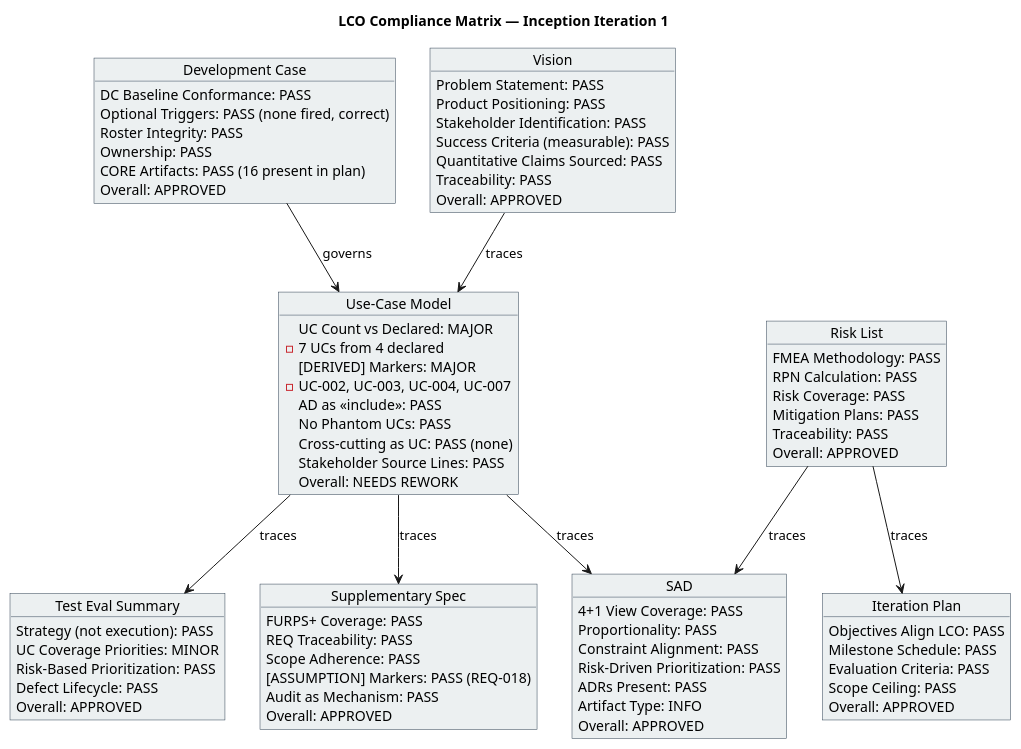
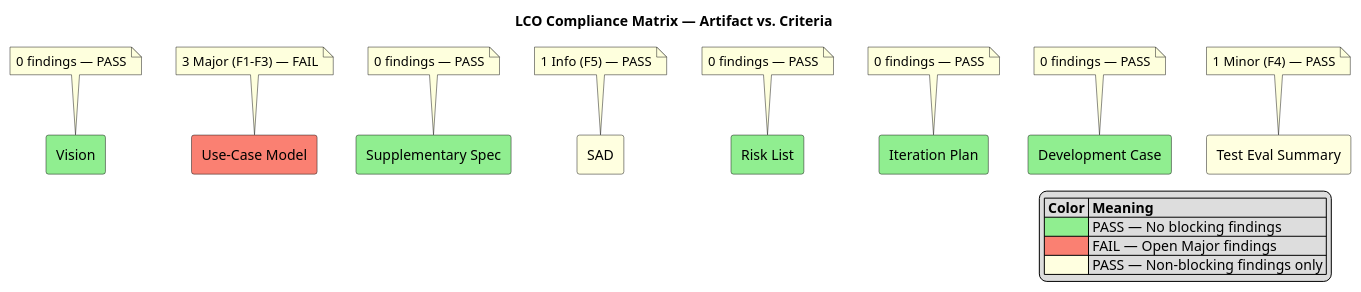
One commit to banense-test/demo-janke-lab changed the third of 4 diagrams in docs/artifacts/project-management/review-record.md. Above: the diagram before and after it, drawn with PlantUML. The commit also changed other lines of this file, not shown here.

````diff
--- a/docs/artifacts/project-management/review-record.md
+++ b/docs/artifacts/project-management/review-record.md
@@ -49,93 +180,30 @@
 ```plantuml
 @startuml
-title LCO Compliance Matrix — Inception Iteration 1
+title LCO Compliance Matrix — Artifact vs. Criteria
+skinparam legendTitleFontName bold
+rectangle "Vision" as V #LightGreen
+rectangle "Use-Case Model" as UCM #Salmon
+rectangle "Supplementary Spec" as SS #LightGreen
+rectangle "SAD" as SAD #LightYellow
+rectangle "Risk List" as RL #LightGreen
+rectangle "Iteration Plan" as IP #LightGreen
+rectangle "Development Case" as DC #LightGreen
+rectangle "Test Eval Summary" as TES #LightYellow
 
-skinparam style strict
-skinparam objectBorderColor #2c3e50
-skinparam objectBackgroundColor #ecf0f1
+note top of V : 0 findings — PASS
+note top of UCM : 3 Major (F1-F3) — FAIL
+note top of SS : 0 findings — PASS
+note top of SAD : 1 Info (F5) — PASS
+note top of RL : 0 findings — PASS
+note top of IP : 0 findings — PASS
+note top of DC : 0 findings — PASS
+note top of TES : 1 Minor (F4) — PASS
 
-object "Development Case" as DC {
-  DC Baseline Conformance: PASS
-  Optional Triggers: PASS (none fired, correct)
-  Roster Integrity: PASS
-  Ownership: PASS
-  CORE Artifacts: PASS (16 present in plan)
-  Overall: APPROVED
-}
-
-object "Vision" as VIS {
-  Problem Statement: PASS
-  Product Positioning: PASS
-  Stakeholder Identification: PASS
-  Success Criteria (measurable): PASS
-  Quantitative Claims Sourced: PASS
-  Traceability: PASS
-  Overall: APPROVED
-}
-
-object "Use-Case Model" as UCM {
-  UC Count vs Declared: MAJOR
-  - 7 UCs from 4 declared
-  [DERIVED] Markers: MAJOR
-  - UC-002, UC-003, UC-004, UC-007
-  AD as <<include>>: PASS
-  No Phantom UCs: PASS
-  Cross-cutting as UC: PASS (none)
-  Stakeholder Source Lines: PASS
-  Overall: NEEDS REWORK
-}
-
-object "Supplementary Spec" as SS {
-  FURPS+ Coverage: PASS
-  REQ Traceability: PASS
-  Scope Adherence: PASS
-  [ASSUMPTION] Markers: PASS (REQ-018)
-  Audit as Mechanism: PASS
-  Overall: APPROVED
-}
-
-object "SAD" as SAD {
-  4+1 View Coverage: PASS
-  Proportionality: PASS
-  Constraint Alignment: PASS
-  Risk-Driven Prioritization: PASS
-  ADRs Present: PASS
-  Artifact Type: INFO
-  Overall: APPROVED
-}
-
-object "Risk List" as RL {
-  FMEA Methodology: PASS
-  RPN Calculation: PASS
-  Risk Coverage: PASS
-  Mitigation Plans: PASS
-  Traceability: PASS
-  Overall: APPROVED
-}
-
-object "Iteration Plan" as IP {
-  Objectives Align LCO: PASS
-  Milestone Schedule: PASS
-  Evaluation Criteria: PASS
-  Scope Ceiling: PASS
-  Overall: APPROVED
-}
-
-object "Test Eval Summary" as TES {
-  Strategy (not execution): PASS
-  UC Coverage Priorities: MINOR
-  Risk-Based Prioritization: PASS
-  Defect Lifecycle: PASS
-  Overall: APPROVED
-}
-
-DC --> UCM : governs
-VIS --> UCM : traces
-UCM --> SS : traces
-UCM --> SAD : traces
-UCM --> TES : traces
-RL --> IP : traces
-RL --> SAD : traces
-
+legend right
+  |= Color |= Meaning |
+  |<#LightGreen>| PASS — No blocking findings |
+  |<#Salmon>| FAIL — Open Major findings |
+  |<#LightYellow>| PASS — Non-blocking findings only |
+endlegend
 @enduml
 ```
````
